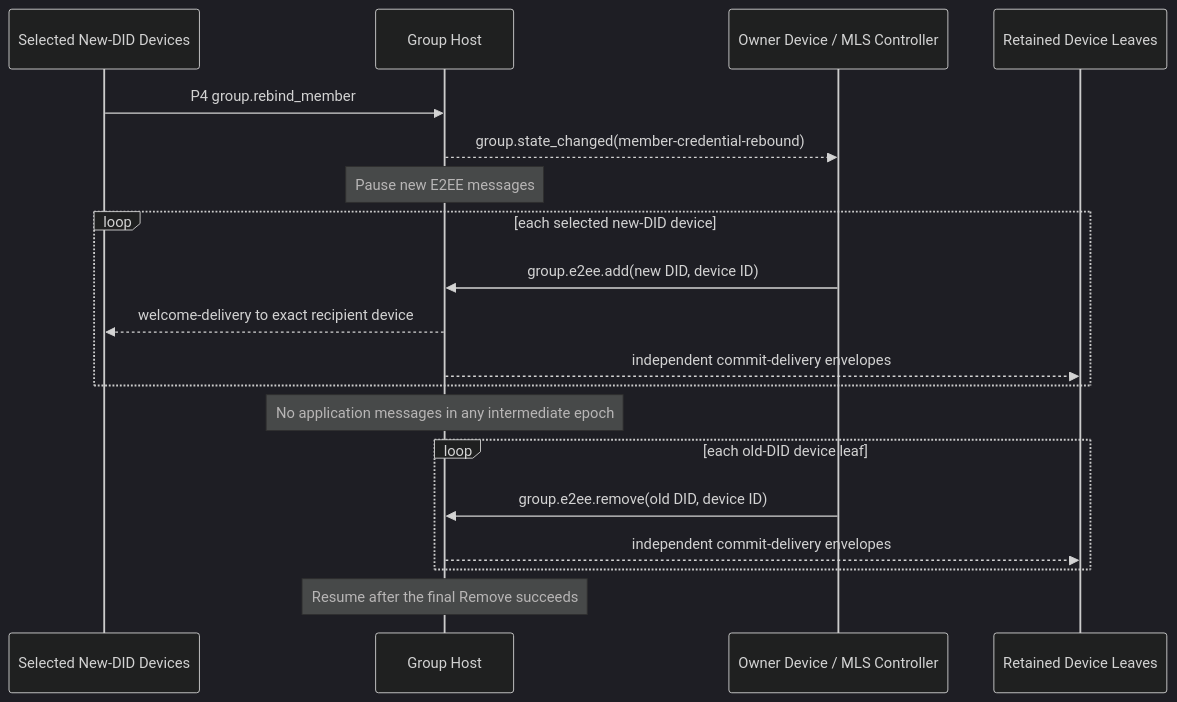
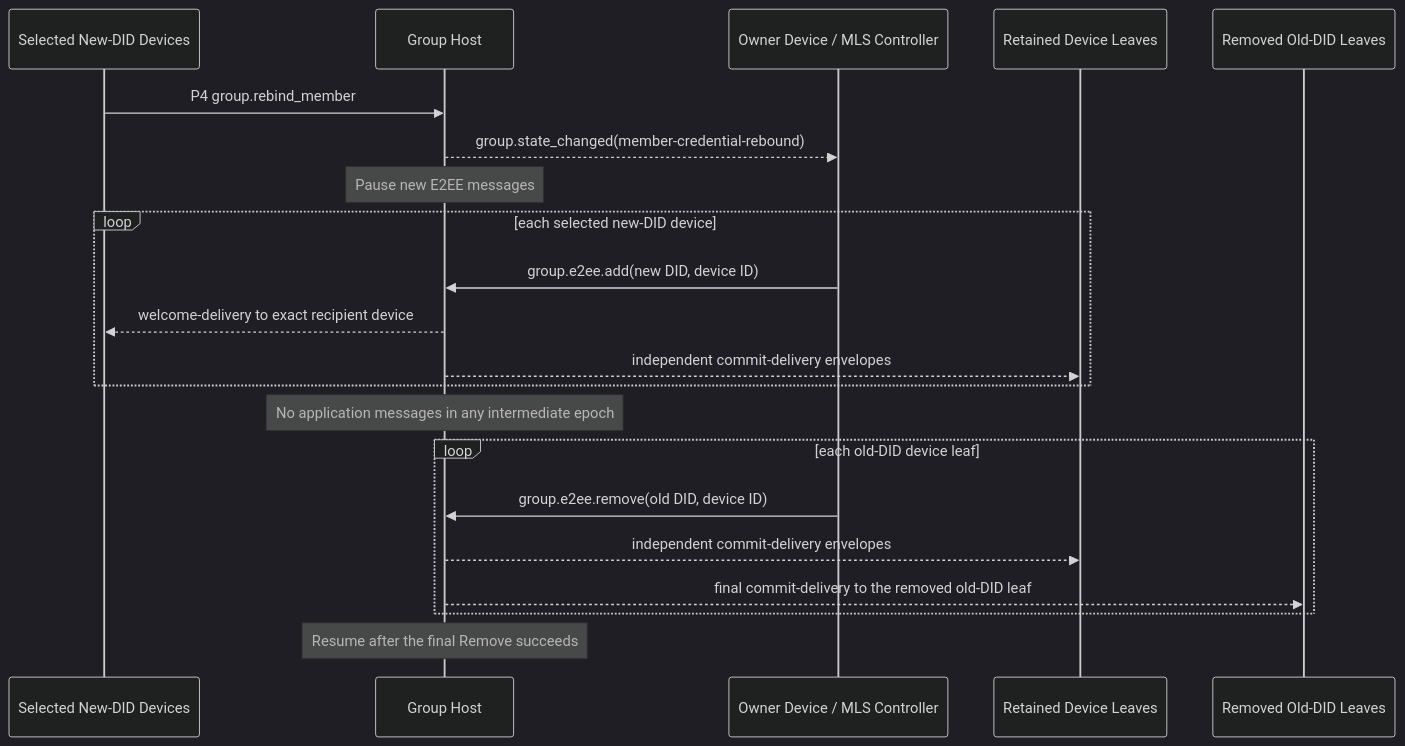
One commit to NeatNerdPrime/AgentNetworkProtocol changed the ninth of 9 diagrams in message/vnext/06-group-end-to-end-encryption.md. Above: the diagram before and after it, drawn with Mermaid (dark theme). The commit also changed other lines of this file and 5 other files, not shown here.

````diff
--- a/message/vnext/06-group-end-to-end-encryption.md
+++ b/message/vnext/06-group-end-to-end-encryption.md
@@ -1678,22 +1810,24 @@
 ```mermaid
 sequenceDiagram
     participant N as Selected New-DID Devices
     participant H as Group Host
     participant O as Owner Device / MLS Controller
     participant M as Retained Device Leaves
+    participant P as Removed Old-DID Leaves
 
     N->>H: P4 group.rebind_member
     H-->>O: group.state_changed(member-credential-rebound)
     Note over H: Pause new E2EE messages
     loop each selected new-DID device
         O->>H: group.e2ee.add(new DID, device ID)
         H-->>N: welcome-delivery to exact recipient device
         H-->>M: independent commit-delivery envelopes
     end
     Note over H: No application messages in any intermediate epoch
     loop each old-DID device leaf
         O->>H: group.e2ee.remove(old DID, device ID)
         H-->>M: independent commit-delivery envelopes
+        H-->>P: final commit-delivery to the removed old-DID leaf
     end
     Note over H: Resume after the final Remove succeeds
 ```
````
